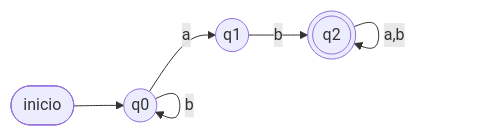
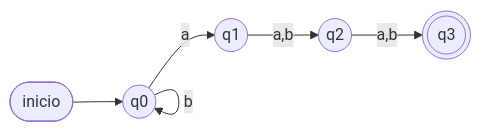
Before and after one commit to yhwachoo/Grafos: the second of 3 diagrams in prueba/solucionario.md, drawn with Mermaid. The commit also changed other lines of this file and 8 other files, not shown here.

````diff
--- a/prueba/solucionario.md
+++ b/prueba/solucionario.md
@@ -94,12 +62,13 @@
 ```mermaid
 graph LR
     ini([inicio]) --> q0
     q0((q0))
     q1((q1))
-    q2(((q2)))
+    q2((q2))
+    q3(((q3)))
     q0 -->|a| q0
     q0 -->|a| q1
     q0 -->|b| q0
-    q1 -->|b| q2
-    q2 -->|a,b| q2
+    q1 -->|a,b| q2
+    q2 -->|a,b| q3
 ```
````
